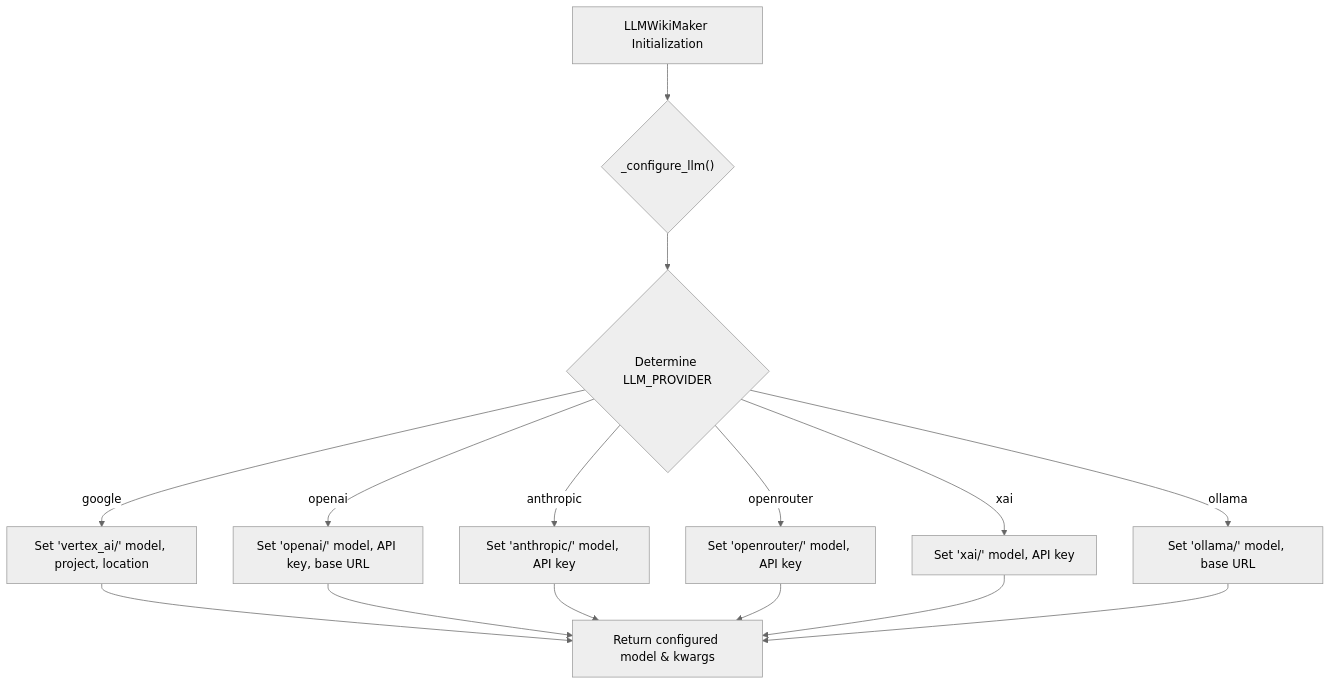
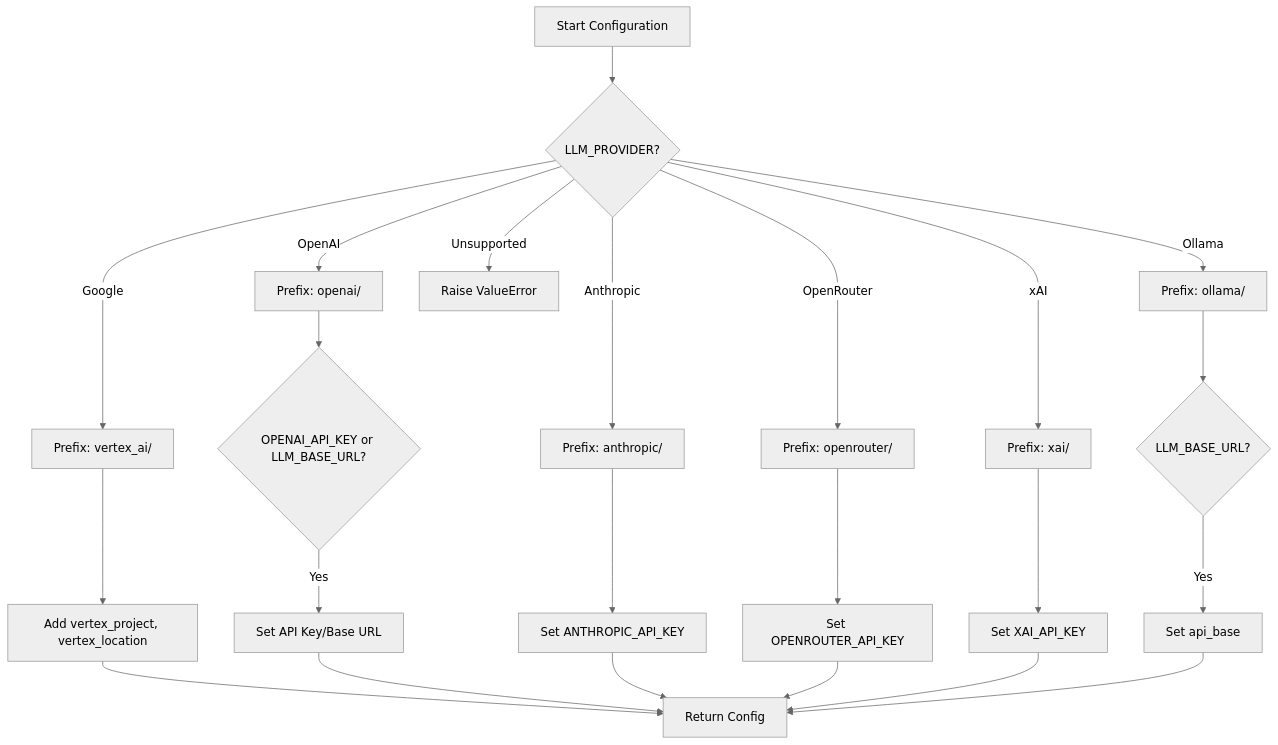
One commit to catuscio/wiki-as-readme changed the second of 14 diagrams in examples/wiki_as_README.md. Above: the diagram before and after it, drawn with Mermaid (neutral theme). The commit also changed other lines of this file, not shown here.

````diff
--- a/examples/wiki_as_README.md
+++ b/examples/wiki_as_README.md
@@ -423,12 +360,32 @@
 ```mermaid
-flowchart TD
-    A["LLMWikiMaker Initialization"] --> B{"_configure_llm()"};
-    B --> C{"Determine LLM_PROVIDER"};
-    C -- "google" --> D["Set 'vertex_ai/' model, project, location"];
-    C -- "openai" --> E["Set 'openai/' model, API key, base URL"];
-    C -- "anthropic" --> F["Set 'anthropic/' model, API key"];
-    C -- "openrouter" --> G["Set 'openrouter/' model, API key"];
-    C -- "xai" --> H["Set 'xai/' model, API key"];
-    C -- "ollama" --> I["Set 'ollama/' model, base URL"];
-    D & E & F & G & H & I --> J["Return configured model & kwargs"];
+graph TD
+    A["Start Configuration"] --> B{"LLM_PROVIDER?"}
+
+    B -- "Google" --> C["Prefix: vertex_ai/"]
+    C --> D["Add vertex_project, vertex_location"]
+    D --> E["Return Config"]
+
+    B -- "OpenAI" --> F["Prefix: openai/"]
+    F --> G{"OPENAI_API_KEY or LLM_BASE_URL?"}
+    G -- "Yes" --> H["Set API Key/Base URL"]
+    H --> E
+
+    B -- "Anthropic" --> I["Prefix: anthropic/"]
+    I --> J["Set ANTHROPIC_API_KEY"]
+    J --> E
+
+    B -- "OpenRouter" --> K["Prefix: openrouter/"]
+    K --> L["Set OPENROUTER_API_KEY"]
+    L --> E
+
+    B -- "xAI" --> M["Prefix: xai/"]
+    M --> N["Set XAI_API_KEY"]
+    N --> E
+
+    B -- "Ollama" --> O["Prefix: ollama/"]
+    O --> P{"LLM_BASE_URL?"}
+    P -- "Yes" --> Q["Set api_base"]
+    Q --> E
+
+    B -- "Unsupported" --> R["Raise ValueError"]
 ```
````
